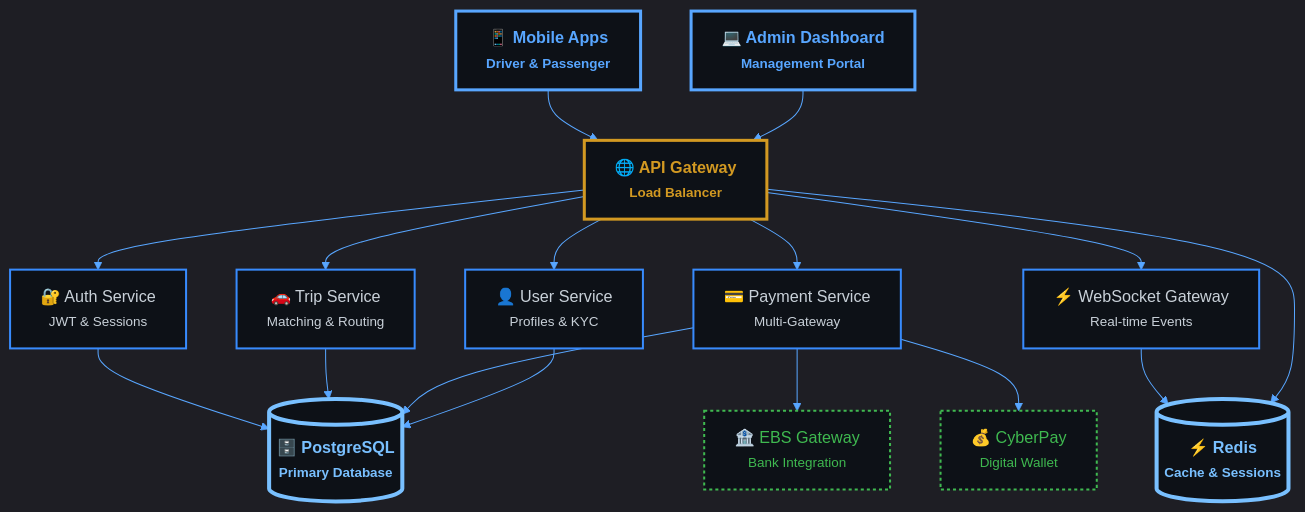
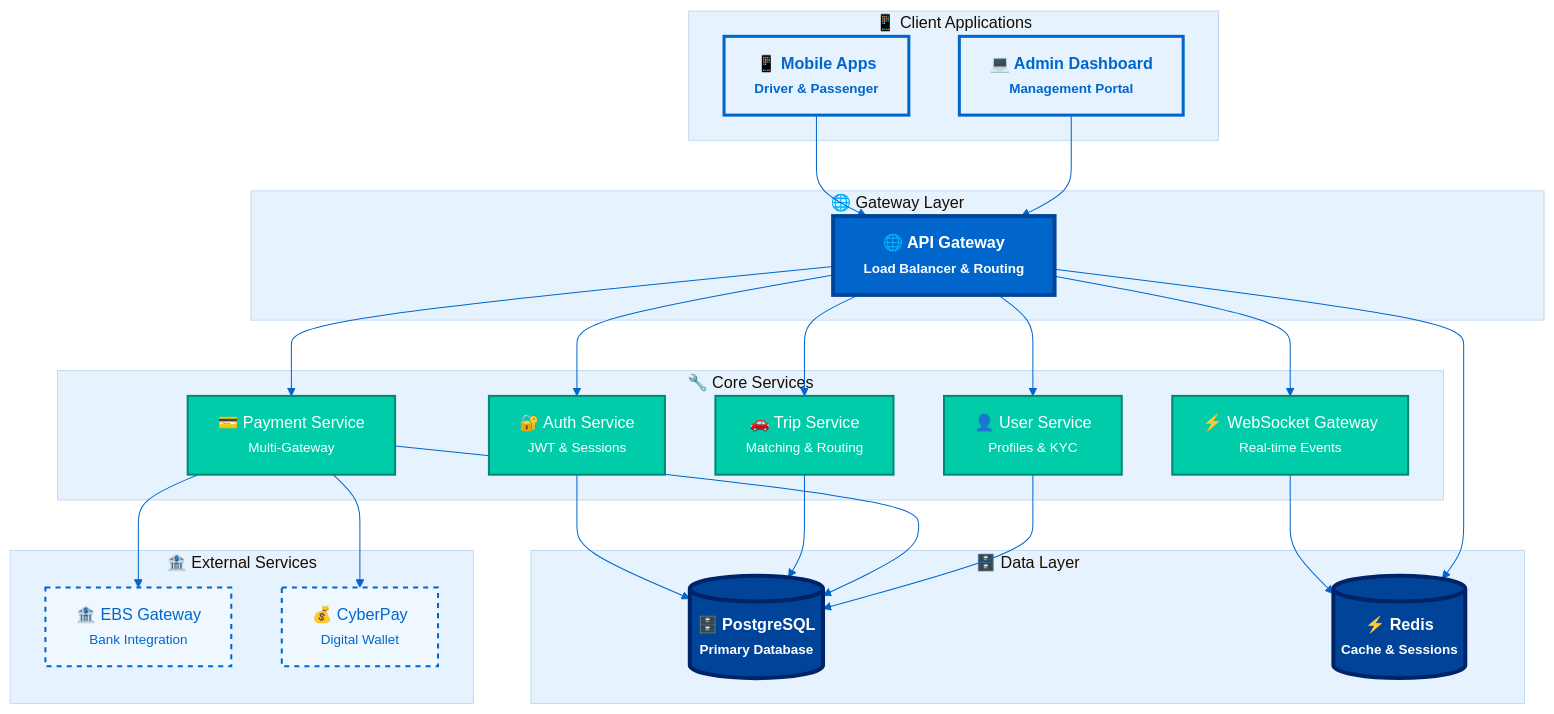
Before and after one commit to abdoElHodaky/transportapp: the second of 3 diagrams in README.md, drawn with Mermaid. The commit also changed other lines of this file and 6 other files, not shown here.

````diff
--- a/README.md
+++ b/README.md
@@ -171,55 +240,87 @@
 ```mermaid
 %%{init: {
-  "theme": "dark",
-  "themeVariables": {
-    "primaryColor": "#0d1117",
-    "primaryTextColor": "#58a6ff",
-    "primaryBorderColor": "#58a6ff",
-    "lineColor": "#58a6ff",
-    "secondaryColor": "#388bfd",
-    "tertiaryColor": "#79c0ff"
+  'theme': 'base',
+  'themeVariables': {
+    'primaryColor': '#0066cc',
+    'primaryTextColor': '#ffffff',
+    'primaryBorderColor': '#004499',
+    'lineColor': '#0066cc',
+    'secondaryColor': '#00ccaa',
+    'tertiaryColor': '#e6f3ff',
+    'background': '#ffffff',
+    'mainBkg': '#0066cc',
+    'secondBkg': '#00ccaa',
+    'tertiaryBkg': '#e6f3ff'
   },
-  "flowchart": {
-    "useMaxWidth": true,
-    "htmlLabels": true
+  'flowchart': {
+    'useMaxWidth': true,
+    'htmlLabels': true
   }
 }}%%
-graph TB
-    %% Client Applications
-    MA["📱 Mobile Apps<br/><small>Driver & Passenger</small>"] --> AG["🌐 API Gateway<br/><small>Load Balancer</small>"]
-    AD["💻 Admin Dashboard<br/><small>Management Portal</small>"] --> AG
+flowchart TB
+    %% Client Applications Layer
+    subgraph "📱 Client Applications"
+        MA["📱 Mobile Apps<br/><small>Driver & Passenger</small>"]
+        AD["💻 Admin Dashboard<br/><small>Management Portal</small>"]
+    end
     
-    %% Core Services
-    AG --> AS["🔐 Auth Service<br/><small>JWT & Sessions</small>"]
-    AG --> TS["🚗 Trip Service<br/><small>Matching & Routing</small>"]
-    AG --> PS["💳 Payment Service<br/><small>Multi-Gateway</small>"]
-    AG --> US["👤 User Service<br/><small>Profiles & KYC</small>"]
-    AG --> WS["⚡ WebSocket Gateway<br/><small>Real-time Events</small>"]
+    %% API Gateway Layer
+    subgraph "🌐 Gateway Layer"
+        AG["🌐 API Gateway<br/><small>Load Balancer & Routing</small>"]
+    end
+    
+    %% Core Services Layer
+    subgraph "🔧 Core Services"
+        AS["🔐 Auth Service<br/><small>JWT & Sessions</small>"]
+        TS["🚗 Trip Service<br/><small>Matching & Routing</small>"]
+        PS["💳 Payment Service<br/><small>Multi-Gateway</small>"]
+        US["👤 User Service<br/><small>Profiles & KYC</small>"]
+        WS["⚡ WebSocket Gateway<br/><small>Real-time Events</small>"]
+    end
     
     %% Data Layer
-    AS --> DB[("🗄️ PostgreSQL<br/><small>Primary Database</small>")]
+    subgraph "🗄️ Data Layer"
+        DB[("🗄️ PostgreSQL<br/><small>Primary Database</small>")]
+        RD[("⚡ Redis<br/><small>Cache & Sessions</small>")]
+    end
+    
+    %% External Services
+    subgraph "🏦 External Services"
+        EBS["🏦 EBS Gateway<br/><small>Bank Integration</small>"]
+        CP["💰 CyberPay<br/><small>Digital Wallet</small>"]
+    end
+    
+    %% Connections
+    MA --> AG
+    AD --> AG
+    
+    AG --> AS
+    AG --> TS
+    AG --> PS
+    AG --> US
+    AG --> WS
+    
+    AS --> DB
     TS --> DB
     PS --> DB
     US --> DB
     
-    %% External Services
-    PS --> EBS["🏦 EBS Gateway<br/><small>Bank Integration</small>"]
-    PS --> CP["💰 CyberPay<br/><small>Digital Wallet</small>"]
+    WS --> RD
+    AG --> RD
     
-    %% Cache & Real-time
-    WS --> RD[("⚡ Redis<br/><small>Cache & Sessions</small>")]
-    AG --> RD
+    PS --> EBS
+    PS --> CP
 
-    %% Styling
-    classDef mobile fill:#0d1117,stroke:#58a6ff,stroke-width:3px,color:#58a6ff,font-weight:bold;
-    classDef service fill:#0d1117,stroke:#388bfd,stroke-width:2px,color:#c9d1d9,font-weight:normal;
-    classDef database fill:#0d1117,stroke:#79c0ff,stroke-width:4px,color:#79c0ff,font-weight:bold;
-    classDef external fill:#0d1117,stroke:#3fb950,stroke-width:2px,color:#3fb950,font-weight:normal,stroke-dasharray: 3 3;
-    classDef gateway fill:#0d1117,stroke:#d29922,stroke-width:3px,color:#d29922,font-weight:bold;
+    %% Enhanced Styling
+    classDef clientApp fill:#e6f3ff,stroke:#0066cc,stroke-width:3px,color:#0066cc,font-weight:bold
+    classDef gateway fill:#0066cc,stroke:#004499,stroke-width:4px,color:#ffffff,font-weight:bold
+    classDef coreService fill:#00ccaa,stroke:#008877,stroke-width:2px,color:#ffffff,font-weight:normal
+    classDef dataStore fill:#004499,stroke:#002266,stroke-width:4px,color:#ffffff,font-weight:bold
+    classDef external fill:#f0f8ff,stroke:#0066cc,stroke-width:2px,color:#0066cc,font-weight:normal,stroke-dasharray: 5 5
 
-    class MA,AD mobile;
-    class AS,TS,PS,US,WS service;
-    class DB,RD database;
-    class EBS,CP external;
-    class AG gateway;
+    class MA,AD clientApp
+    class AG gateway
+    class AS,TS,PS,US,WS coreService
+    class DB,RD dataStore
+    class EBS,CP external
 ```
````
